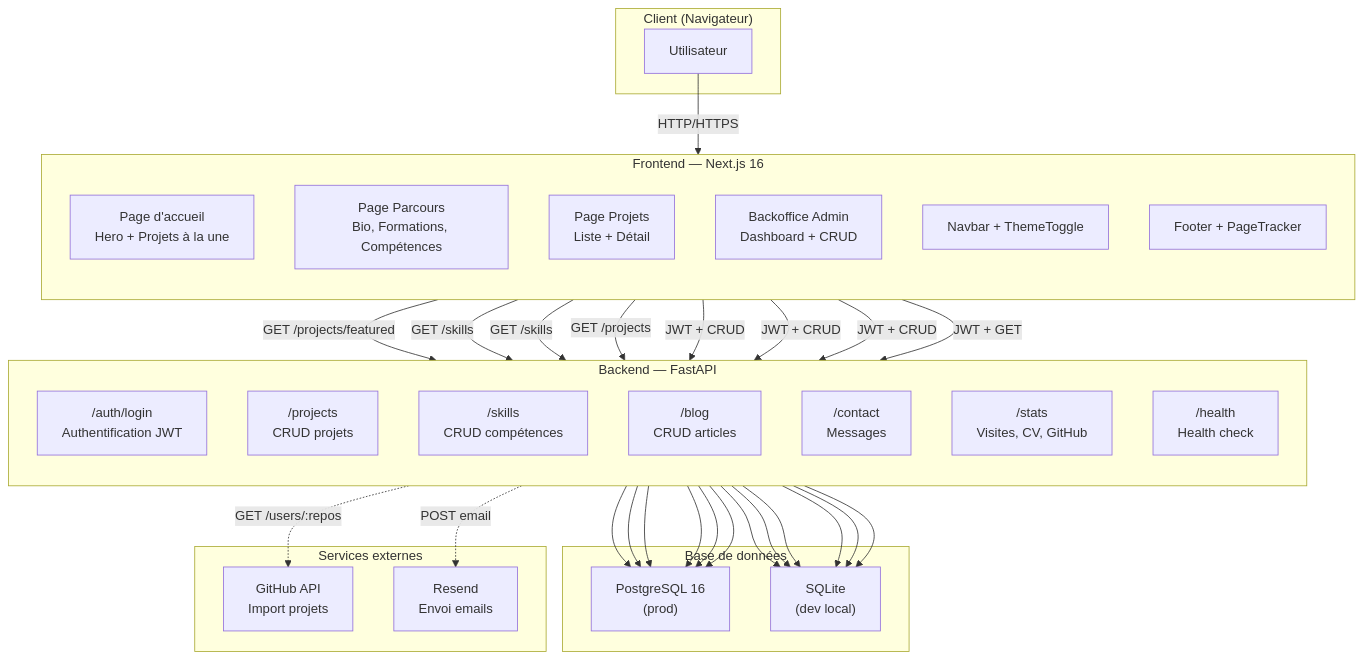
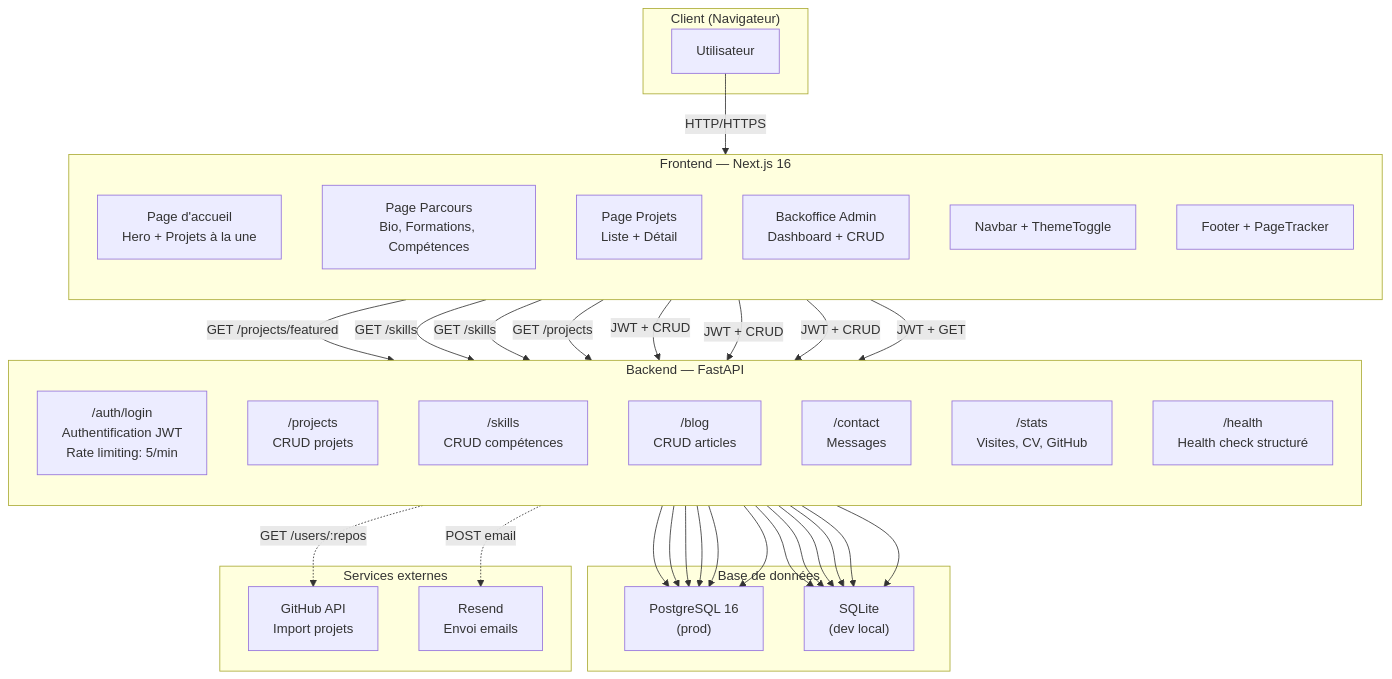
Before and after one commit to kainwangroger/porfolio-kr: the diagram in README.md, drawn with Mermaid. The commit also changed other lines of this file and 19 other files, not shown here.

First line of the commit message:
Améliorations Backend: Alembic, Rate Limiting, Health Check, Tests, Logging

````diff
--- a/README.md
+++ b/README.md
@@ -9,63 +9,63 @@
 ```mermaid
 graph TB
     subgraph Client["Client (Navigateur)"]
         U["Utilisateur"]
     end
 
     subgraph Frontend["Frontend — Next.js 16"]
         direction TB
         HP["Page d'accueil<br/>Hero + Projets à la une"]
         AP["Page Parcours<br/>Bio, Formations, Compétences"]
         PP["Page Projets<br/>Liste + Détail"]
         AB["Backoffice Admin<br/>Dashboard + CRUD"]
         NT["Navbar + ThemeToggle"]
         FT["Footer + PageTracker"]
     end
 
     subgraph API["Backend — FastAPI"]
         direction TB
-        AUTH["/auth/login<br/>Authentification JWT"]
+        AUTH["/auth/login<br/>Authentification JWT<br/>Rate limiting: 5/min"]
         PROJ["/projects<br/>CRUD projets"]
         SKILL["/skills<br/>CRUD compétences"]
         BLOG["/blog<br/>CRUD articles"]
         CONTACT["/contact<br/>Messages"]
         STATS["/stats<br/>Visites, CV, GitHub"]
-        HEALTH["/health<br/>Health check"]
+        HEALTH["/health<br/>Health check structuré"]
     end
 
     subgraph DB["Base de données"]
         PG["PostgreSQL 16<br/>(prod)"]
         SL["SQLite<br/>(dev local)"]
     end
 
     subgraph External["Services externes"]
         GH["GitHub API<br/>Import projets"]
         RS["Resend<br/>Envoi emails"]
     end
 
     U -->|"HTTP/HTTPS"| HP
     HP -->|"GET /projects/featured"| PROJ
     HP -->|"GET /skills"| SKILL
     AP -->|"GET /skills"| SKILL
     PP -->|"GET /projects"| PROJ
     AB -->|"JWT + CRUD"| PROJ
     AB -->|"JWT + CRUD"| SKILL
     AB -->|"JWT + CRUD"| BLOG
     AB -->|"JWT + GET"| STATS
 
     PROJ --> PG
     PROJ --> SL
     SKILL --> PG
     SKILL --> SL
     BLOG --> PG
     BLOG --> SL
     CONTACT --> PG
     CONTACT --> SL
     STATS --> PG
     STATS --> SL
     AUTH --> PG
     AUTH --> SL
 
     STATS -.->|"GET /users/:repos"| GH
     BLOG -.->|"POST email"| RS
 ```
````
